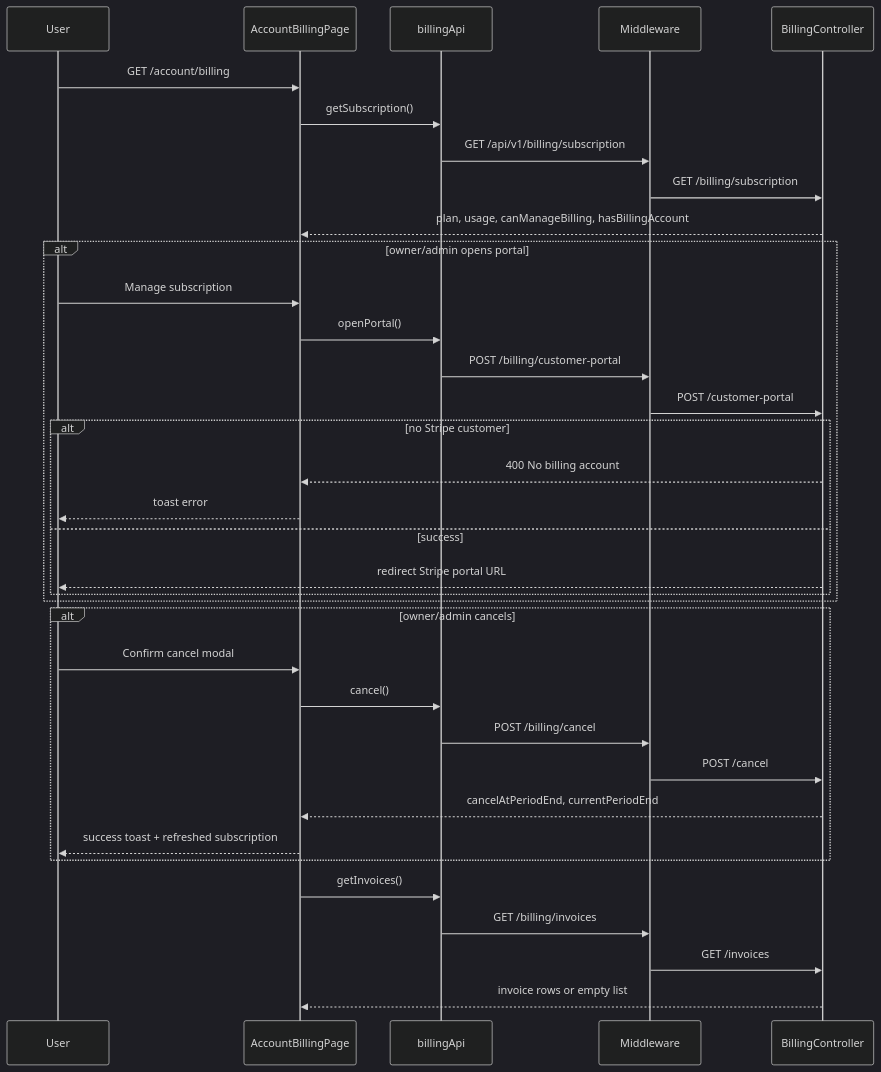
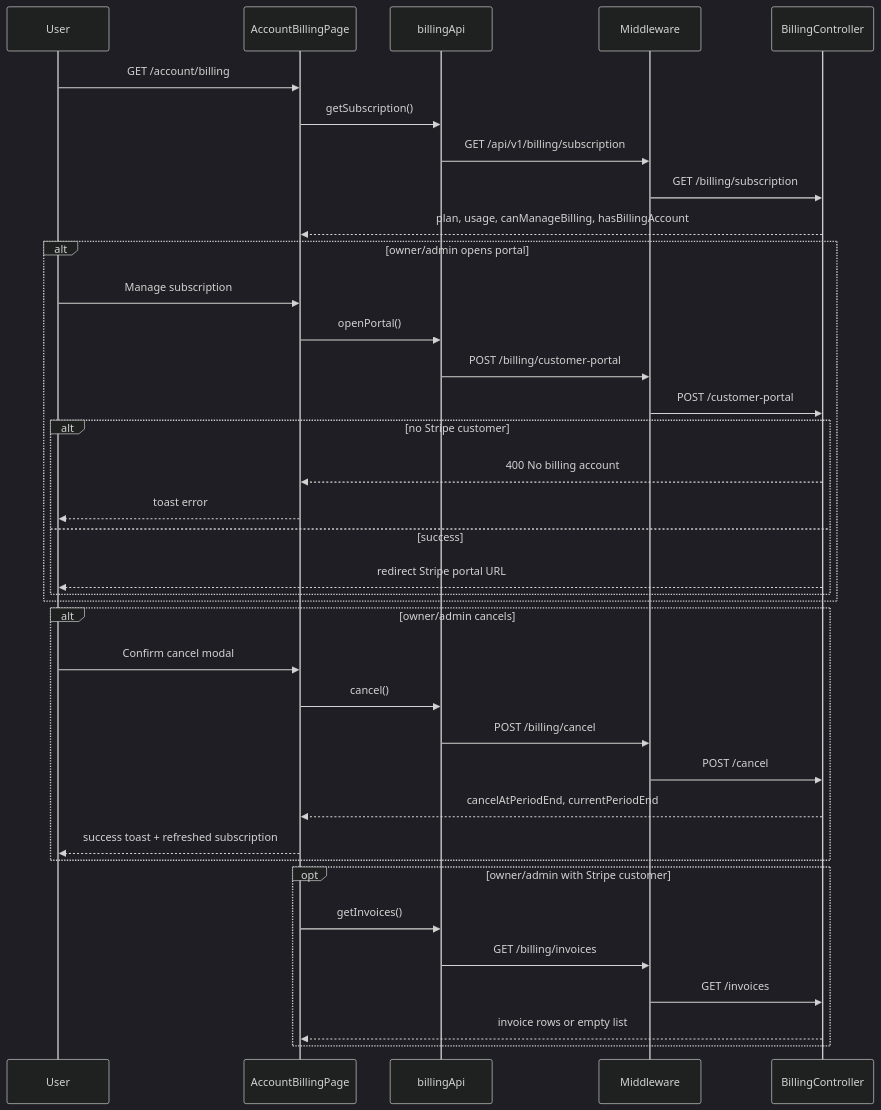
One commit to yugandharreddybana/NewCareers changed the first of 2 diagrams in pagesflow/billing/PAGE.md. Above: the diagram before and after it, drawn with Mermaid (dark theme). The commit also changed other lines of this file and 505 other files, not shown here.

````diff
--- a/pagesflow/billing/PAGE.md
+++ b/pagesflow/billing/PAGE.md
@@ -64,41 +65,43 @@
 ```mermaid
 sequenceDiagram
     participant User
     participant Page as AccountBillingPage
     participant API as billingApi
     participant MW as Middleware
     participant Java as BillingController
 
     User->>Page: GET /account/billing
     Page->>API: getSubscription()
     API->>MW: GET /api/v1/billing/subscription
     MW->>Java: GET /billing/subscription
     Java-->>Page: plan, usage, canManageBilling, hasBillingAccount
 
     alt owner/admin opens portal
         User->>Page: Manage subscription
         Page->>API: openPortal()
         API->>MW: POST /billing/customer-portal
         MW->>Java: POST /customer-portal
         alt no Stripe customer
             Java-->>Page: 400 No billing account
             Page-->>User: toast error
         else success
             Java-->>User: redirect Stripe portal URL
         end
     end
 
     alt owner/admin cancels
         User->>Page: Confirm cancel modal
         Page->>API: cancel()
         API->>MW: POST /billing/cancel
         MW->>Java: POST /cancel
         Java-->>Page: cancelAtPeriodEnd, currentPeriodEnd
         Page-->>User: success toast + refreshed subscription
     end
 
-    Page->>API: getInvoices()
-    API->>MW: GET /billing/invoices
-    MW->>Java: GET /invoices
-    Java-->>Page: invoice rows or empty list
+    opt owner/admin with Stripe customer
+        Page->>API: getInvoices()
+        API->>MW: GET /billing/invoices
+        MW->>Java: GET /invoices
+        Java-->>Page: invoice rows or empty list
+    end
 ```
````
